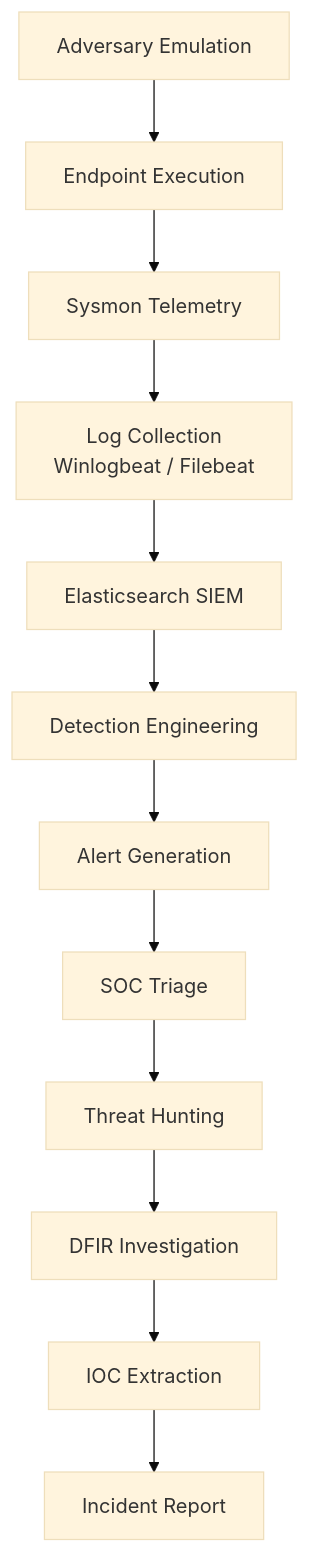
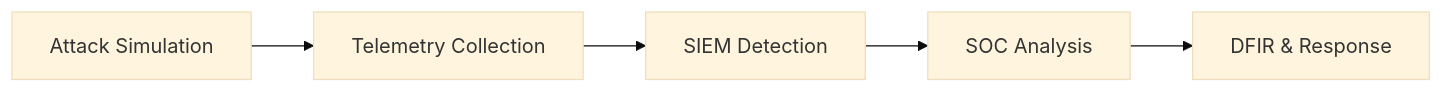
Before and after one commit to Bommalimallesu/Nation-State-Attack-Simulation-Detection-Lab: the second of 2 diagrams in README.md, drawn with Mermaid (base theme). The commit also changed other lines of this file, not shown here.

````diff
--- a/README.md
+++ b/README.md
@@ -113,15 +111,5 @@
 ```mermaid
-flowchart TD
+flowchart LR
 
-A[Adversary Emulation] --> B[Endpoint Execution]
-B --> C[Sysmon Telemetry]
-C --> D[Log Collection<br>Winlogbeat / Filebeat]
-D --> E[Elasticsearch SIEM]
-E --> F[Detection Engineering]
-F --> G[Alert Generation]
-G --> H[SOC Triage]
-H --> I[Threat Hunting]
-I --> J[DFIR Investigation]
-J --> K[IOC Extraction]
-K --> L[Incident Report]
+A[Attack Simulation] --> B[Telemetry Collection] --> C[SIEM Detection] --> D[SOC Analysis] --> E[DFIR & Response]
 ```
````
